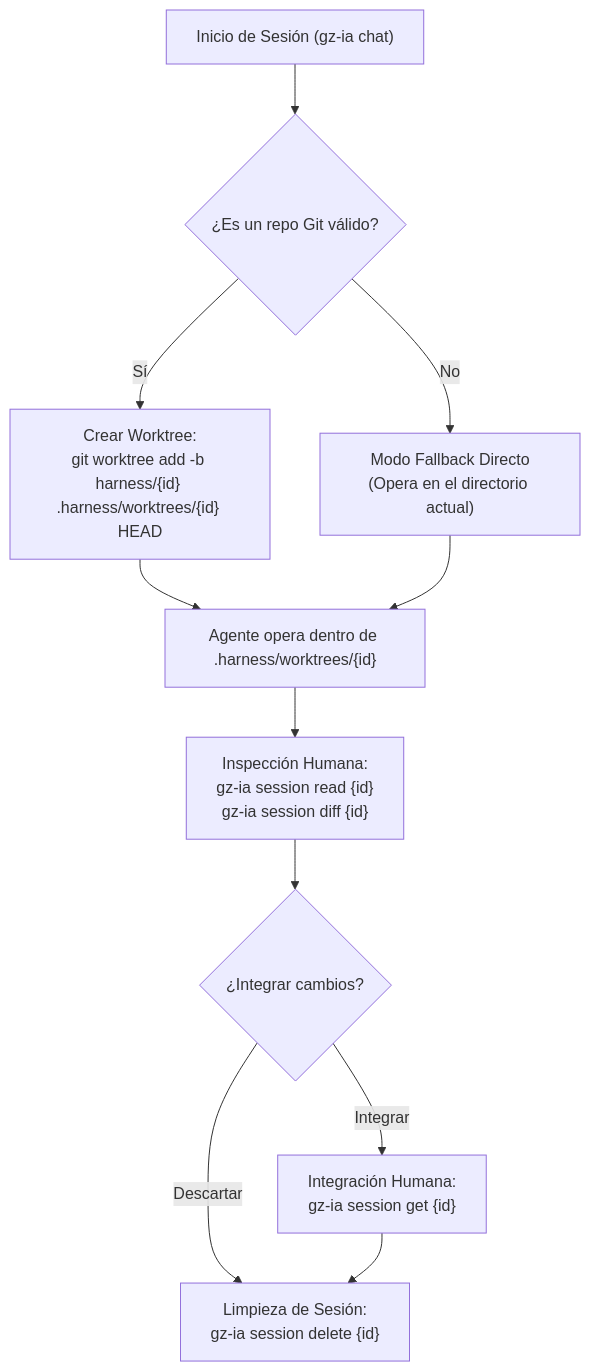
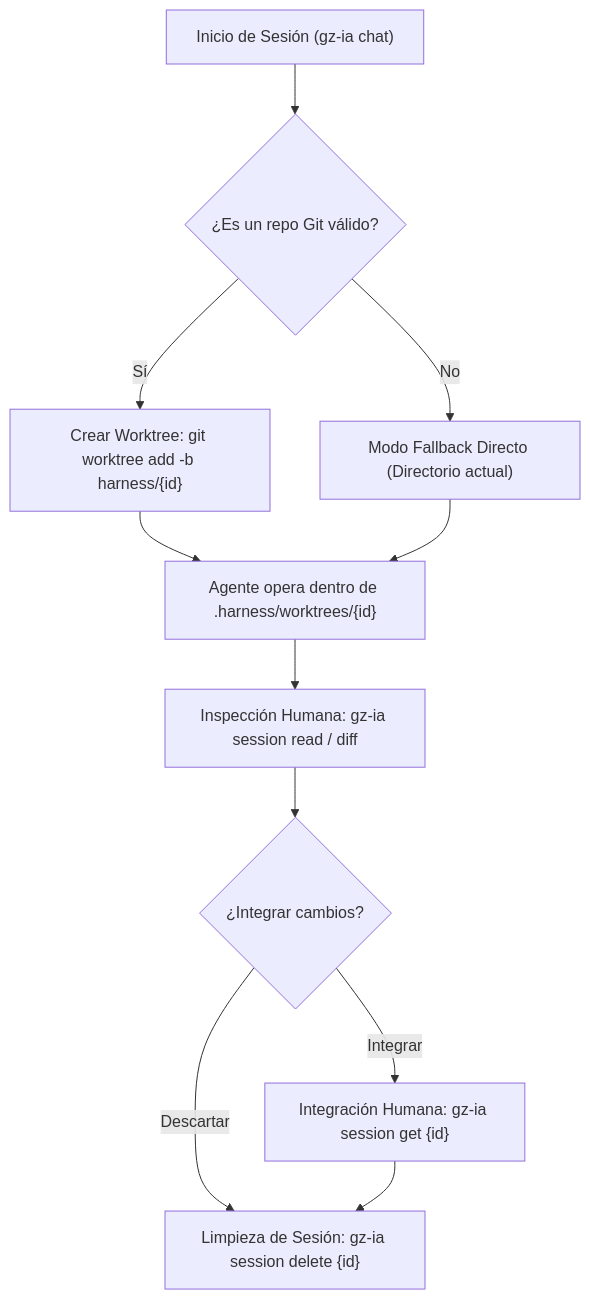
Before and after one commit to GountzJs/gountz-ia: the diagram in docs/architecture/worktrees.md, drawn with Mermaid. The commit also changed other lines of this file and 12 other files, not shown here.

````diff
--- a/docs/architecture/worktrees.md
+++ b/docs/architecture/worktrees.md
@@ -45,19 +56,19 @@
 ```mermaid
 flowchart TD
     Init["Inicio de Sesión (gz-ia chat)"] --> CheckGit{"¿Es un repo Git válido?"}
     
-    CheckGit -->|"Sí"| CreateWT["Crear Worktree:<br/>git worktree add -b harness/{id} .harness/worktrees/{id} HEAD"]
-    CheckGit -->|"No"| Fallback["Modo Fallback Directo<br/>(Opera en el directorio actual)"]
+    CheckGit -->|"Sí"| CreateWT["Crear Worktree: git worktree add -b harness/{id}"]
+    CheckGit -->|"No"| Fallback["Modo Fallback Directo (Directorio actual)"]
     
     CreateWT --> AgentRun["Agente opera dentro de .harness/worktrees/{id}"]
     Fallback --> AgentRun
     
-    AgentRun --> Audit["Inspección Humana:<br/>gz-ia session read {id}<br/>gz-ia session diff {id}"]
+    AgentRun --> Audit["Inspección Humana: gz-ia session read / diff"]
     
     Audit --> Decision{"¿Integrar cambios?"}
     
-    Decision -->|"Integrar"| Get["Integración Humana:<br/>gz-ia session get {id}"]
-    Decision -->|"Descartar"| Delete["Limpieza de Sesión:<br/>gz-ia session delete {id}"]
+    Decision -->|"Integrar"| Get["Integración Humana: gz-ia session get {id}"]
+    Decision -->|"Descartar"| Delete["Limpieza de Sesión: gz-ia session delete {id}"]
     
     Get --> Delete
 ```
````
